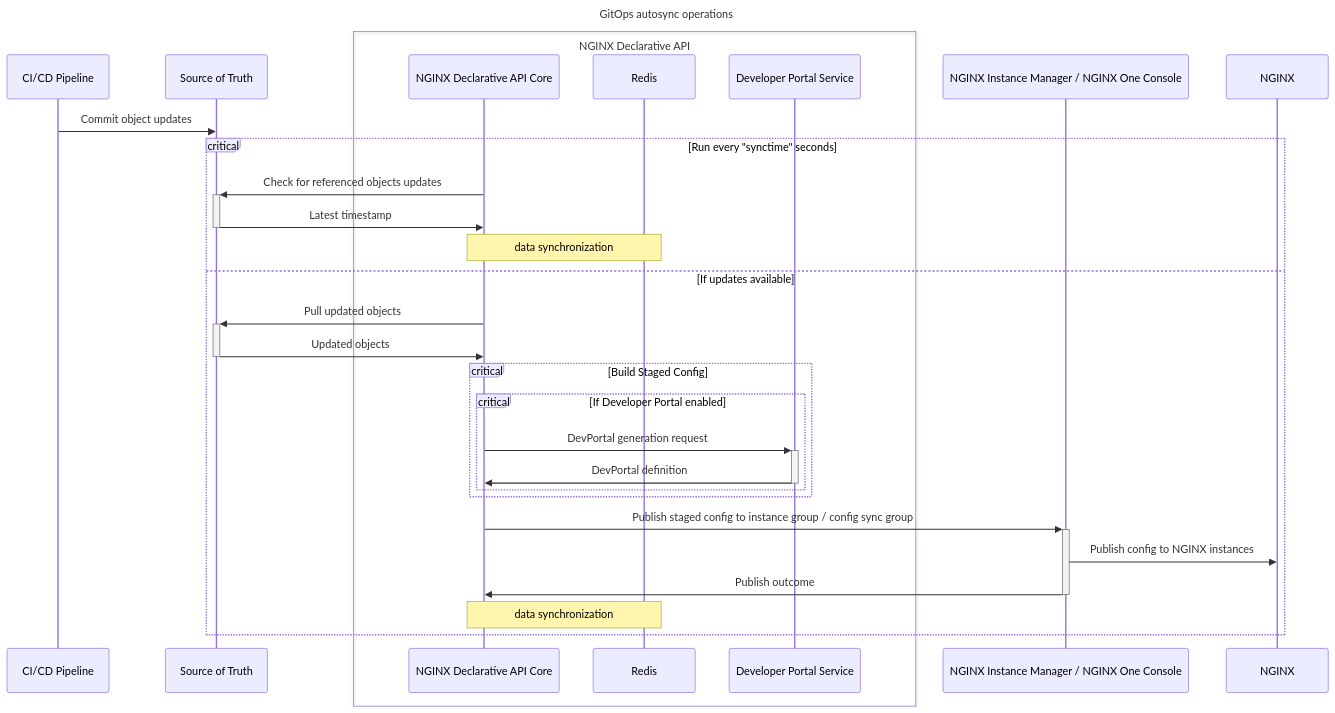
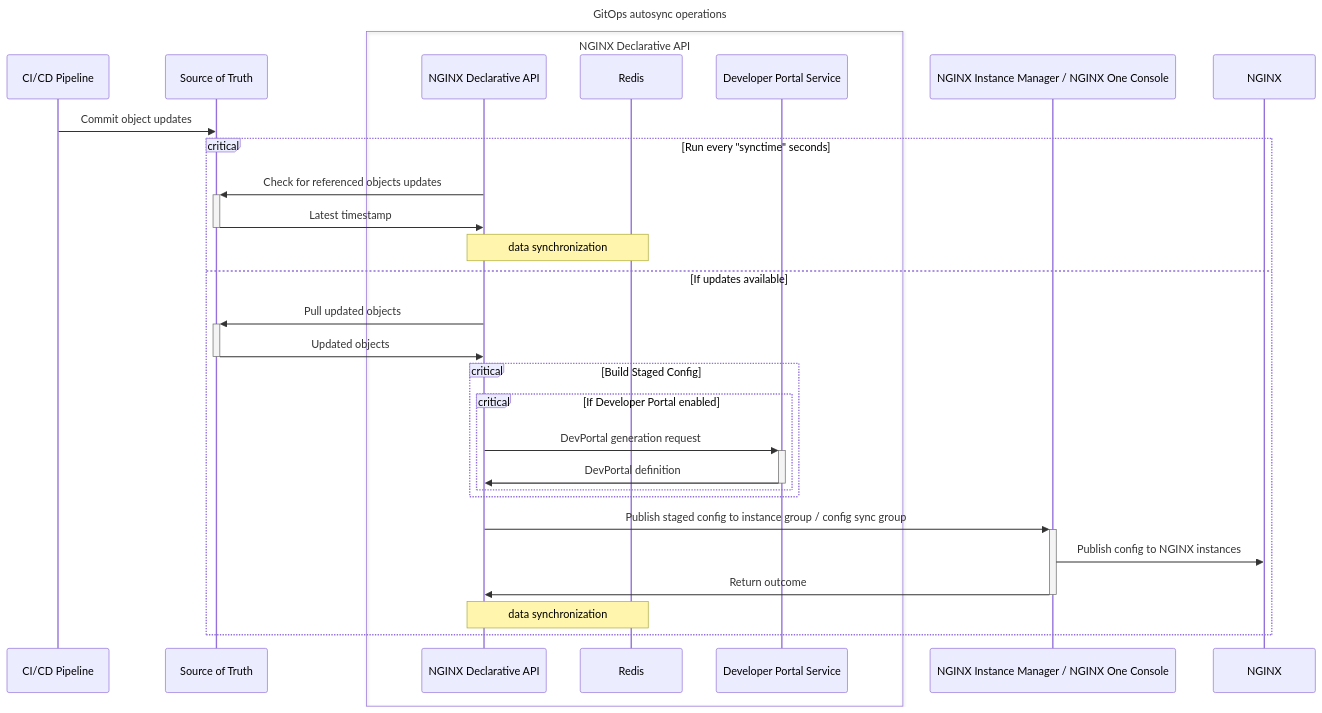
One commit to f5devcentral/NGINX-Declarative-API changed the second of 3 diagrams in README.md. Above: the diagram before and after it, drawn with Mermaid. The commit also changed other lines of this file and 114 other files, not shown here.

````diff
--- a/README.md
+++ b/README.md
@@ -85,47 +85,47 @@
 ```mermaid
 sequenceDiagram
 
 title GitOps autosync operations
 
 participant CI/CD Pipeline
 participant Source of Truth
-participant NGINX Declarative API Core
+participant NGINX Declarative API
 participant Redis
 participant Developer Portal Service
 participant NGINX Instance Manager / NGINX One Console
 participant NGINX
 
 box NGINX Declarative API
-    participant NGINX Declarative API Core
+    participant NGINX Declarative API
     participant Developer Portal Service
     participant Redis
 end
 
 CI/CD Pipeline ->> Source of Truth: Commit object updates
 
 critical Run every "synctime" seconds
 
-NGINX Declarative API Core ->>+ Source of Truth: Check for referenced objects updates
-Source of Truth ->>- NGINX Declarative API Core: Latest timestamp
+NGINX Declarative API ->>+ Source of Truth: Check for referenced objects updates
+Source of Truth ->>- NGINX Declarative API: Latest timestamp
 
-Note over NGINX Declarative API Core, Redis: data synchronization
+Note over NGINX Declarative API, Redis: data synchronization
 
 option If updates available
-NGINX Declarative API Core ->>+ Source of Truth: Pull updated objects
-Source of Truth ->>- NGINX Declarative API Core: Updated objects
+NGINX Declarative API ->>+ Source of Truth: Pull updated objects
+Source of Truth ->>- NGINX Declarative API: Updated objects
 
 critical Build Staged Config
 critical If Developer Portal enabled
-    NGINX Declarative API Core ->>+ Developer Portal Service: DevPortal generation request
-    Developer Portal Service ->>- NGINX Declarative API Core: DevPortal definition
+    NGINX Declarative API ->>+ Developer Portal Service: DevPortal generation request
+    Developer Portal Service ->>- NGINX Declarative API: DevPortal definition
 end
 end
 
-NGINX Declarative API Core ->>+ NGINX Instance Manager / NGINX One Console: Publish staged config to instance group / config sync group
+NGINX Declarative API ->>+ NGINX Instance Manager / NGINX One Console: Publish staged config to instance group / config sync group
 NGINX Instance Manager / NGINX One Console ->> NGINX: Publish config to NGINX instances
-NGINX Instance Manager / NGINX One Console ->>- NGINX Declarative API Core: Publish outcome
+NGINX Instance Manager / NGINX One Console ->>- NGINX Declarative API: Return outcome
 
-Note over NGINX Declarative API Core, Redis: data synchronization
+Note over NGINX Declarative API, Redis: data synchronization
 
 end
 ```
````
